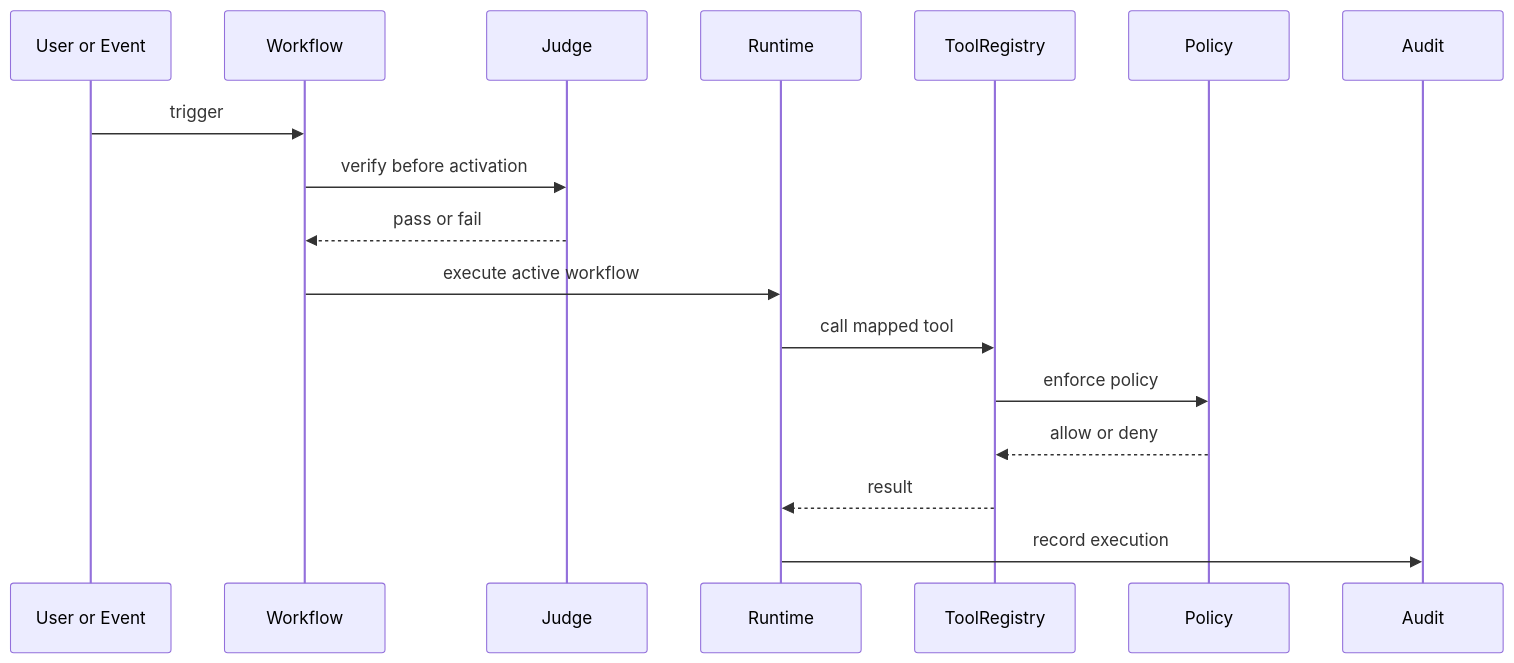
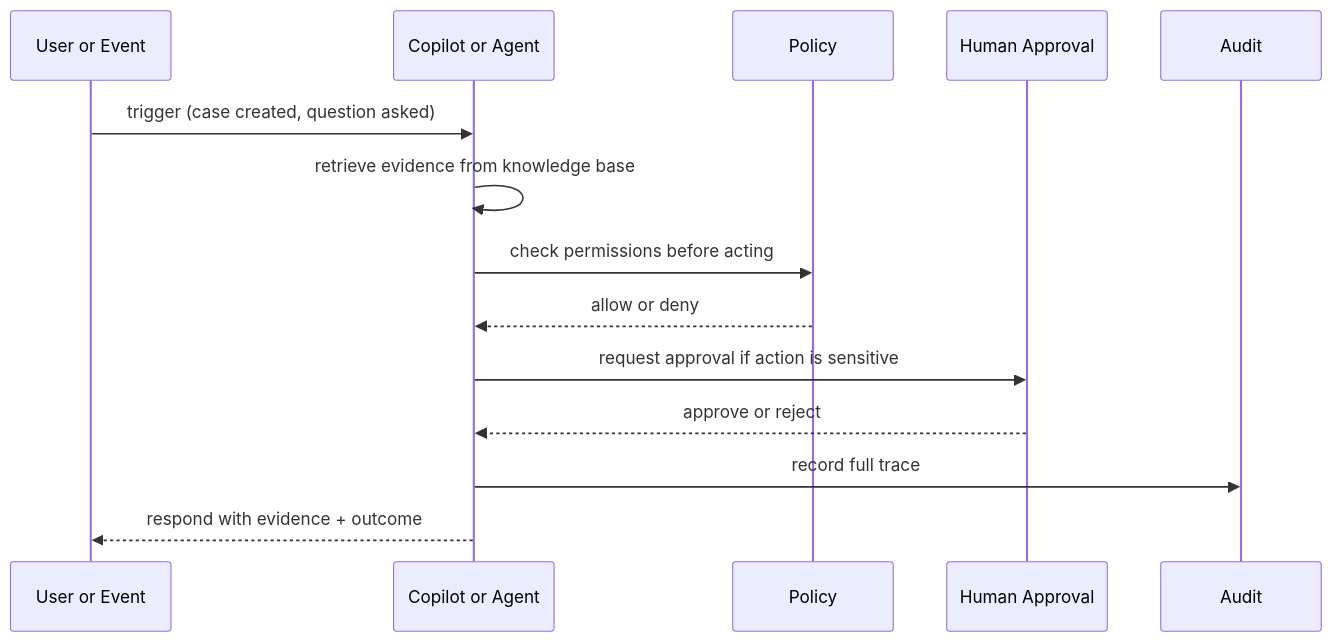
One commit to krukmat/fenix changed the first of 2 diagrams in README.md. Above: the diagram before and after it, drawn with Mermaid. The commit also changed other lines of this file, not shown here.

````diff
--- a/README.md
+++ b/README.md
@@ -145,20 +67,17 @@
 ```mermaid
 sequenceDiagram
     participant U as User or Event
-    participant W as Workflow
-    participant J as Judge
-    participant R as Runtime
-    participant T as ToolRegistry
+    participant C as Copilot or Agent
     participant P as Policy
+    participant H as Human Approval
     participant A as Audit
 
-    U->>W: trigger
-    W->>J: verify before activation
-    J-->>W: pass or fail
-    W->>R: execute active workflow
-    R->>T: call mapped tool
-    T->>P: enforce policy
-    P-->>T: allow or deny
-    T-->>R: result
-    R->>A: record execution
+    U->>C: trigger (case created, question asked)
+    C->>C: retrieve evidence from knowledge base
+    C->>P: check permissions before acting
+    P-->>C: allow or deny
+    C->>H: request approval if action is sensitive
+    H-->>C: approve or reject
+    C->>A: record full trace
+    C-->>U: respond with evidence + outcome
 ```
````
